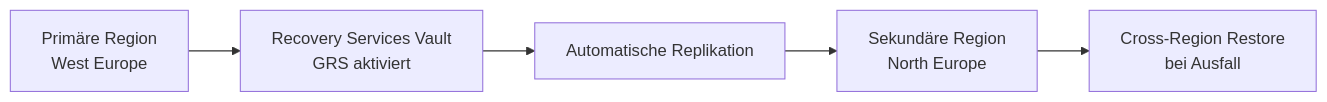
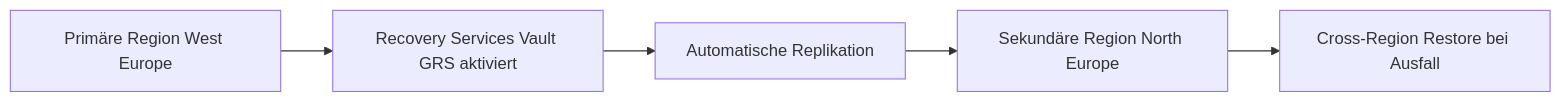
The fourth of 5 diagrams in Microsoft 365/Azure/Monitor und Management/Azure Backup.md (SoniiiT/notes-n-docs), drawn with Mermaid before and after one commit. The commit also changed other lines of this file and 124 other files, not shown here.

First line of the commit message:
fix: Entferne \n aus allen Mermaid-Diagrammen (125 Dateien)

````diff
--- a/Microsoft 365/Azure/Monitor und Management/Azure Backup.md
+++ b/Microsoft 365/Azure/Monitor und Management/Azure Backup.md
@@ -266,7 +266,7 @@
 ```mermaid
 graph LR
-    A[Primäre Region\nWest Europe] --> B[Recovery Services Vault\nGRS aktiviert]
+    A[Primäre Region West Europe] --> B[Recovery Services Vault GRS aktiviert]
     B --> C[Automatische Replikation]
-    C --> D[Sekundäre Region\nNorth Europe]
-    D --> E[Cross-Region Restore\nbei Ausfall]
+    C --> D[Sekundäre Region North Europe]
+    D --> E[Cross-Region Restore bei Ausfall]
 ```
````
